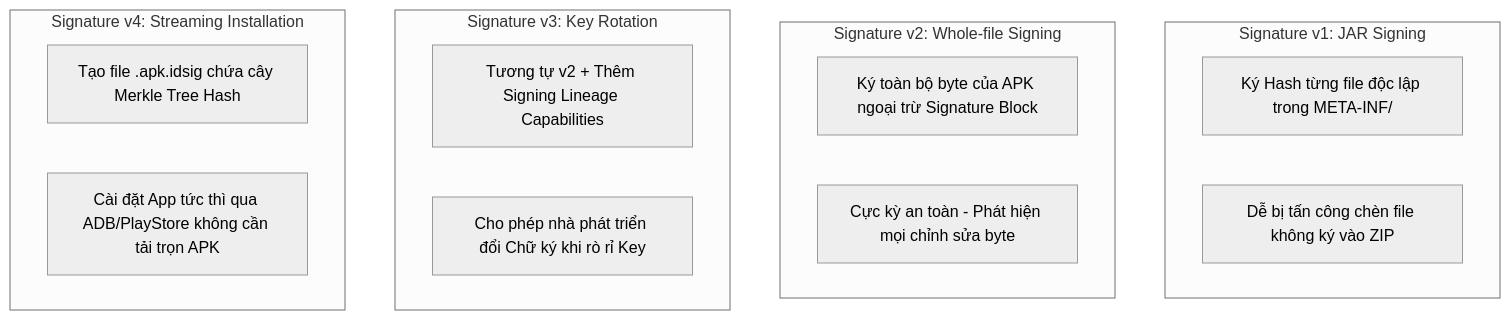
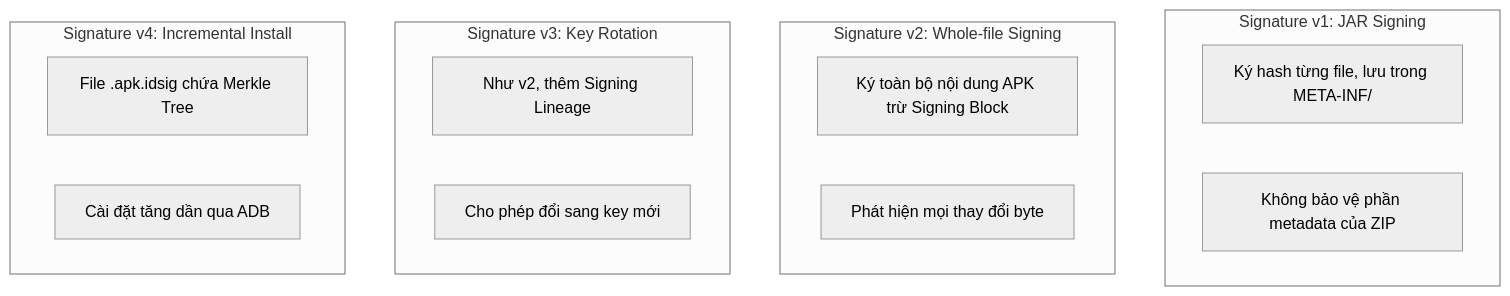
Before and after one commit to h1eu/knowledge: the second of 3 diagrams in knowledge/android/docs/session_01/output_packages/apk_files.md, drawn with Mermaid (neutral theme). The commit also changed other lines of this file and 80 other files, not shown here.

First line of the commit message:
docs(android): rewrite Session 01, add Claude Code config and diagrams

````diff
--- a/knowledge/android/docs/session_01/output_packages/apk_files.md
+++ b/knowledge/android/docs/session_01/output_packages/apk_files.md
@@ -96,22 +101,22 @@
 ```mermaid
 flowchart TD
-    subgraph v1 [Signature v1: JAR Signing]
-        A["Ký Hash từng file độc lập trong META-INF/"]
-        A1["Dễ bị tấn công chèn file không ký vào ZIP"]
+    subgraph v1 ["Signature v1: JAR Signing"]
+        A["Ký hash từng file, lưu trong META-INF/"]
+        A1["Không bảo vệ phần metadata của ZIP"]
     end
 
-    subgraph v2 [Signature v2: Whole-file Signing]
-        B["Ký toàn bộ byte của APK ngoại trừ Signature Block"]
-        B1["Cực kỳ an toàn - Phát hiện mọi chỉnh sửa byte"]
+    subgraph v2 ["Signature v2: Whole-file Signing"]
+        B["Ký toàn bộ nội dung APK trừ Signing Block"]
+        B1["Phát hiện mọi thay đổi byte"]
     end
 
-    subgraph v3 [Signature v3: Key Rotation]
-        C["Tương tự v2 + Thêm Signing Lineage Capabilities"]
-        C1["Cho phép nhà phát triển đổi Chữ ký khi rò rỉ Key"]
+    subgraph v3 ["Signature v3: Key Rotation"]
+        C["Như v2, thêm Signing Lineage"]
+        C1["Cho phép đổi sang key mới"]
     end
 
-    subgraph v4 [Signature v4: Streaming Installation]
-        D["Tạo file .apk.idsig chứa cây Merkle Tree Hash"]
-        D1["Cài đặt App tức thì qua ADB/PlayStore không cần tải trọn APK"]
+    subgraph v4 ["Signature v4: Incremental Install"]
+        D["File .apk.idsig chứa Merkle Tree"]
+        D1["Cài đặt tăng dần qua ADB"]
     end
 ```
````
